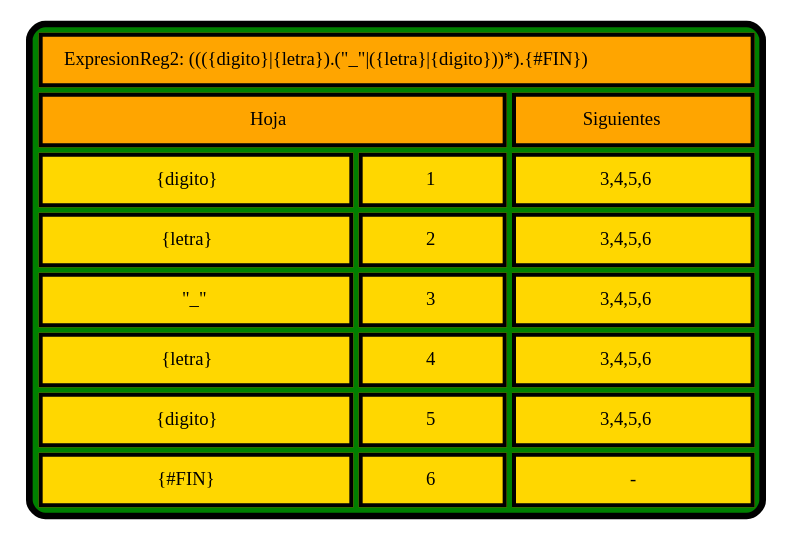
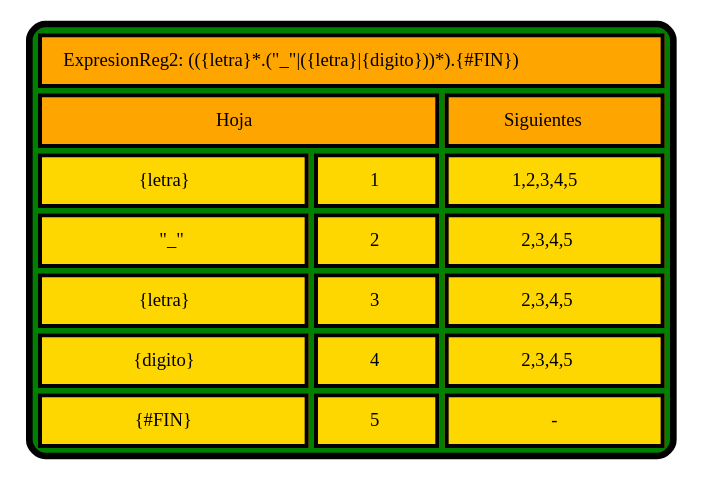
Before and after one commit to PikaGuty/OLC1_Proyecto1_202004765: the diagram in SIGUIENTES_202004765/TablaSig_ExpresionReg2.dot, drawn with Graphviz. The commit also changed 17 other files, not shown here.

```diff
--- a/SIGUIENTES_202004765/TablaSig_ExpresionReg2.dot
+++ b/SIGUIENTES_202004765/TablaSig_ExpresionReg2.dot
@@ -1,36 +1,32 @@
 digraph G { 
   label=<
  <TABLE border="5" cellspacing="4" cellpadding="10" style="rounded" bgcolor="green" gradientangle="315">
 <TR>
-<TD border="3"  colspan="4" bgcolor="orange">ExpresionReg2: ((({digito}|{letra}).("_"|({letra}|{digito}))*).{#FIN})</TD>
+<TD border="3"  colspan="4" bgcolor="orange">ExpresionReg2: (({letra}*.("_"|({letra}|{digito}))*).{#FIN})</TD>
 </TR><TR>
 <TD border="3"  colspan="2" bgcolor="orange">Hoja</TD>
 <TD border="3"  colspan="2" bgcolor="orange">Siguientes</TD>
 </TR><TR>
-<TD border="3"  bgcolor="gold">{digito}</TD>
+<TD border="3"  bgcolor="gold">{letra}</TD>
 <TD border="3"  bgcolor="gold">1</TD>
-<TD border="3"  colspan="2" bgcolor="gold">3,4,5,6</TD>
+<TD border="3"  colspan="2" bgcolor="gold">1,2,3,4,5</TD>
+</TR><TR>
+<TD border="3"  bgcolor="gold">"_"</TD>
+<TD border="3"  bgcolor="gold">2</TD>
+<TD border="3"  colspan="2" bgcolor="gold">2,3,4,5</TD>
 </TR><TR>
 <TD border="3"  bgcolor="gold">{letra}</TD>
-<TD border="3"  bgcolor="gold">2</TD>
-<TD border="3"  colspan="2" bgcolor="gold">3,4,5,6</TD>
-</TR><TR>
-<TD border="3"  bgcolor="gold">"_"</TD>
 <TD border="3"  bgcolor="gold">3</TD>
-<TD border="3"  colspan="2" bgcolor="gold">3,4,5,6</TD>
-</TR><TR>
-<TD border="3"  bgcolor="gold">{letra}</TD>
-<TD border="3"  bgcolor="gold">4</TD>
-<TD border="3"  colspan="2" bgcolor="gold">3,4,5,6</TD>
+<TD border="3"  colspan="2" bgcolor="gold">2,3,4,5</TD>
 </TR><TR>
 <TD border="3"  bgcolor="gold">{digito}</TD>
-<TD border="3"  bgcolor="gold">5</TD>
-<TD border="3"  colspan="2" bgcolor="gold">3,4,5,6</TD>
+<TD border="3"  bgcolor="gold">4</TD>
+<TD border="3"  colspan="2" bgcolor="gold">2,3,4,5</TD>
 </TR><TR>
 <TD border="3"  bgcolor="gold">{#FIN}</TD>
-<TD border="3"  bgcolor="gold">6</TD>
+<TD border="3"  bgcolor="gold">5</TD>
 <TD border="3"  colspan="2" bgcolor="gold">-</TD>
 </TR></TABLE>>
 
 
 }
```
